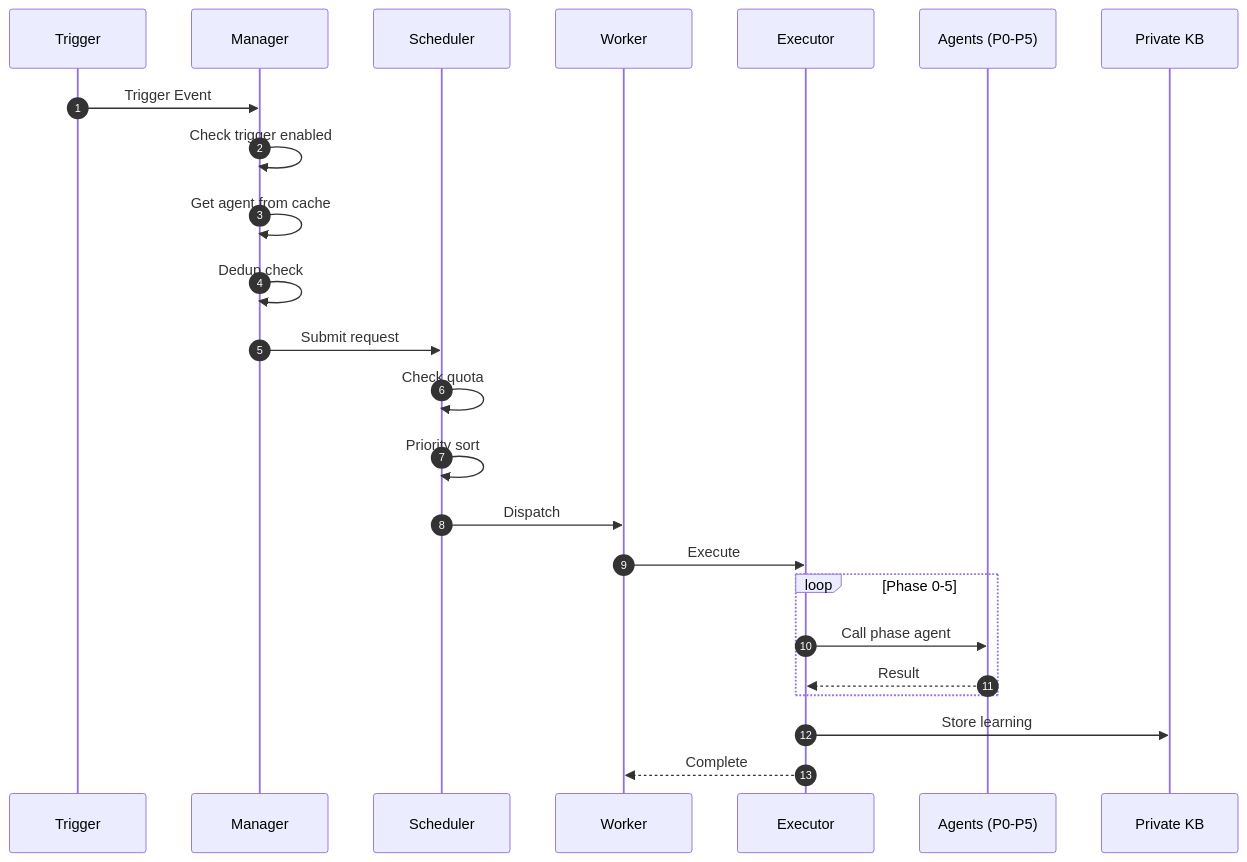
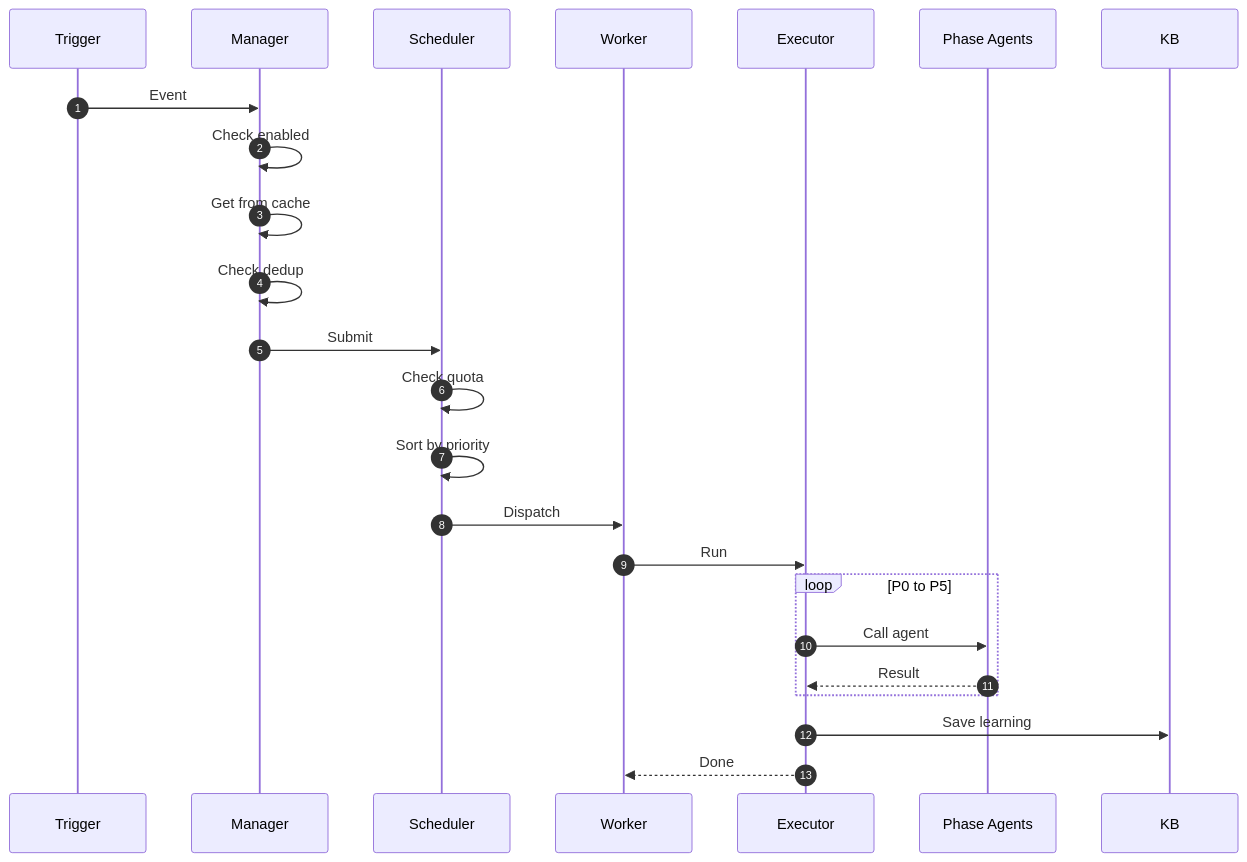
Before and after one commit to YaoApp/yao: the second of 2 diagrams in agent/autonomous/DESIGN.md, drawn with Mermaid. The commit also changed other lines of this file, not shown here.

First line of the commit message:
Refactor Autonomous Agent Design Document for Improved Clarity and Structure

````diff
--- a/agent/autonomous/DESIGN.md
+++ b/agent/autonomous/DESIGN.md
@@ -115,31 +114,31 @@
 ```mermaid
 sequenceDiagram
     autonumber
     participant T as Trigger
     participant M as Manager
     participant S as Scheduler
     participant W as Worker
     participant E as Executor
-    participant A as Agents (P0-P5)
-    participant KB as Private KB
+    participant A as Phase Agents
+    participant KB as KB
 
-    T->>M: Trigger Event
-    M->>M: Check trigger enabled
-    M->>M: Get agent from cache
-    M->>M: Dedup check
-    M->>S: Submit request
+    T->>M: Event
+    M->>M: Check enabled
+    M->>M: Get from cache
+    M->>M: Check dedup
+    M->>S: Submit
 
     S->>S: Check quota
-    S->>S: Priority sort
+    S->>S: Sort by priority
     S->>W: Dispatch
 
-    W->>E: Execute
+    W->>E: Run
 
-    loop Phase 0-5
-        E->>A: Call phase agent
+    loop P0 to P5
+        E->>A: Call agent
         A-->>E: Result
     end
 
-    E->>KB: Store learning
-    E-->>W: Complete
+    E->>KB: Save learning
+    E-->>W: Done
 ```
````
